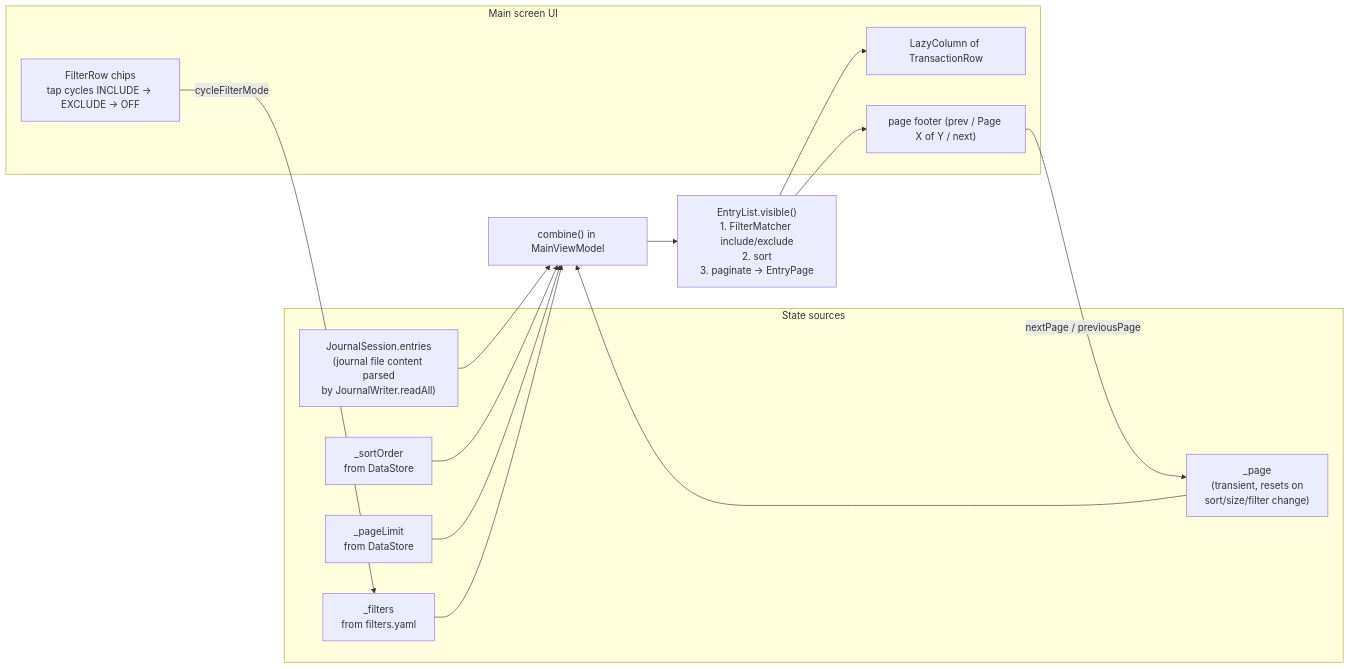
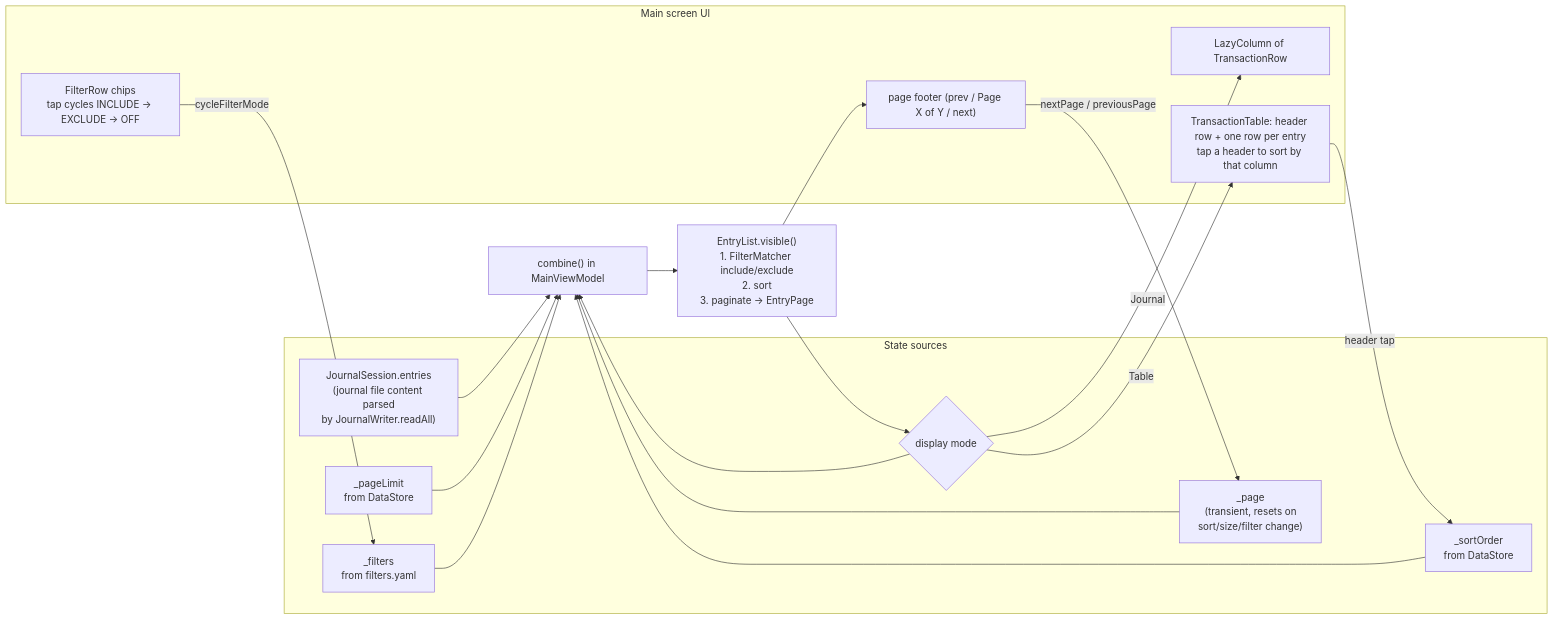
One commit to ukizet/NotifLedger changed the fourth of 8 diagrams in docs/architecture.md. Above: the diagram before and after it, drawn with Mermaid. The commit also changed other lines of this file and 11 other files, not shown here.

````diff
--- a/docs/architecture.md
+++ b/docs/architecture.md
@@ -163,29 +163,37 @@
 ```mermaid
 flowchart LR
     subgraph sources["State sources"]
         entries["JournalSession.entries<br/>(journal file content parsed<br/>by JournalWriter.readAll)"]
         sort["_sortOrder<br/>from DataStore"]
+        mode["_displayMode<br/>journal or table, from DataStore"]
         limit["_pageLimit<br/>from DataStore"]
         filters["_filters<br/>from filters.yaml"]
         page["_page<br/>(transient, resets on<br/>sort/size/filter change)"]
     end
 
     combine["combine() in MainViewModel"]
     visible["EntryList.visible()<br/>1. FilterMatcher include/exclude<br/>2. sort<br/>3. paginate → EntryPage"]
 
     subgraph screen["Main screen UI"]
+        mode{"display mode"}
         list["LazyColumn of TransactionRow"]
+        table["TransactionTable: header row + one row per entry<br/>tap a header to sort by that column"]
         pager["page footer (prev / Page X of Y / next)"]
         chips["FilterRow chips<br/>tap cycles INCLUDE → EXCLUDE → OFF"]
     end
 
     entries --> combine
     sort --> combine
+    mode --> combine
     limit --> combine
     filters --> combine
     page --> combine
-    combine --> visible --> list
+    combine --> visible
+    visible --> mode
+    mode -->|Journal| list
+    mode -->|Table| table
+    table -->|header tap| sort
     visible --> pager
     chips -->|cycleFilterMode| filters
     pager -->|nextPage / previousPage| page
 ```
````
